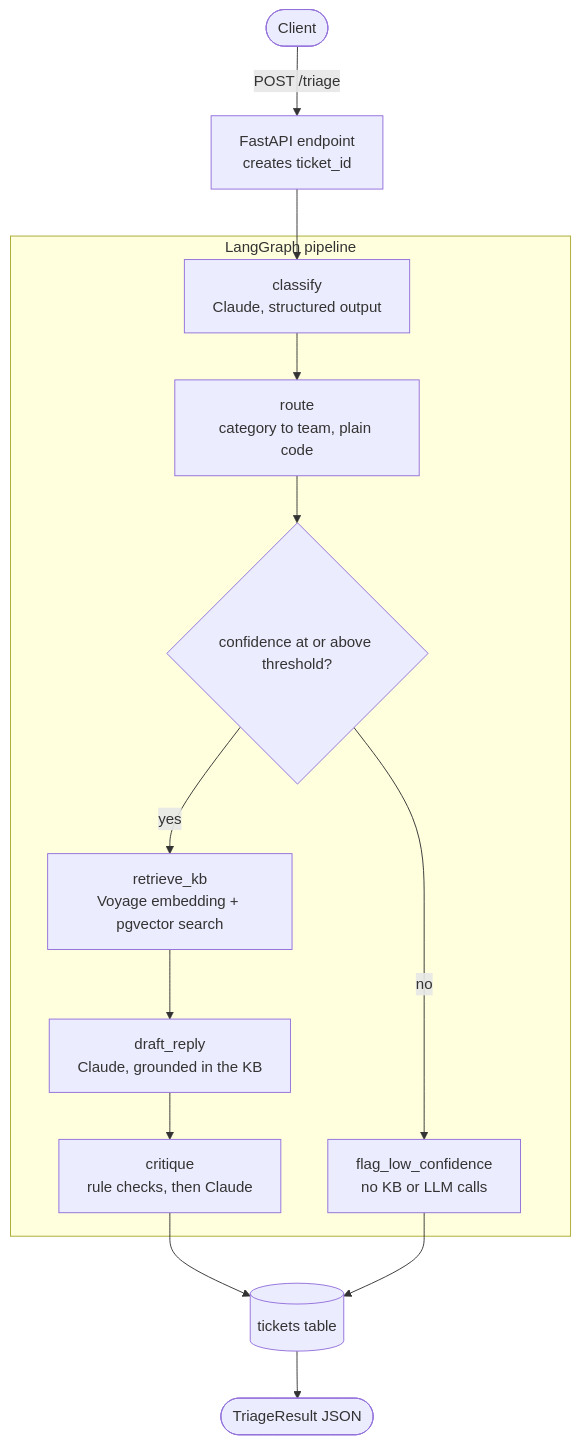
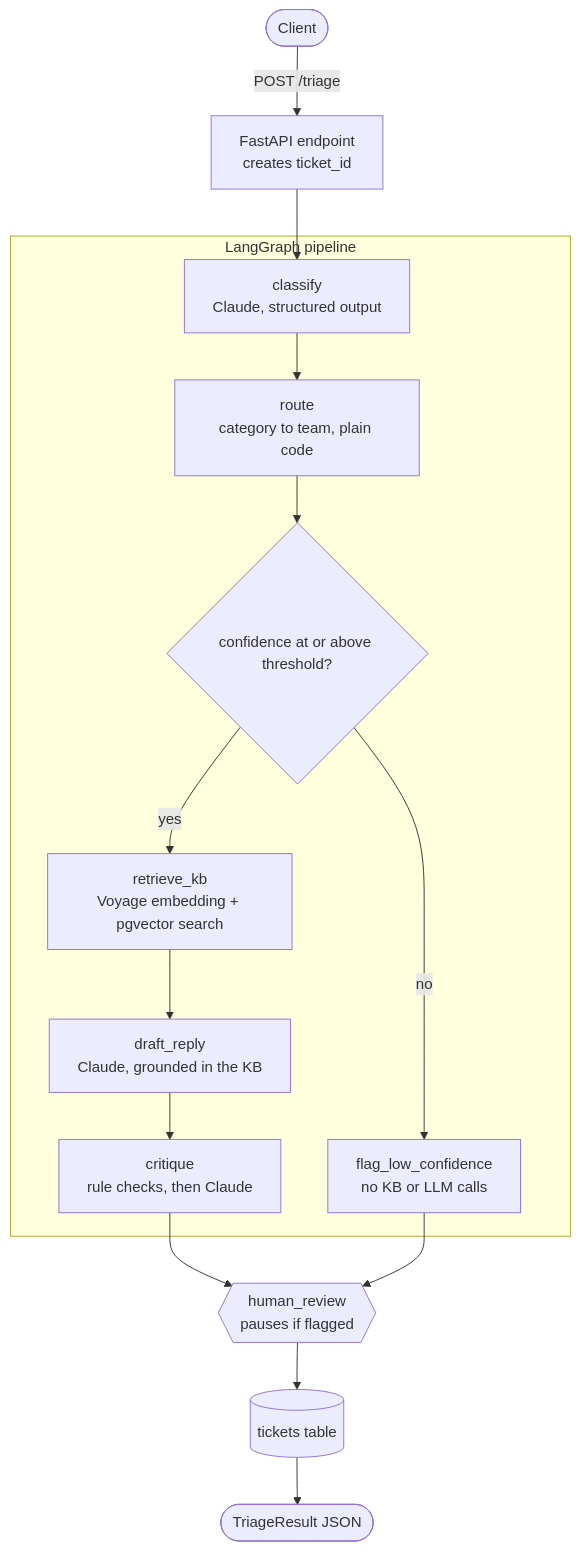
Before and after one commit to ObiomaIkpe/TriageIQ: the first of 2 diagrams in README.md, drawn with Mermaid. The commit also changed other lines of this file and 10 other files, not shown here.

Commit message:
feat: pause flagged tickets for human review with interrupt, plus resume helpers

````diff
--- a/README.md
+++ b/README.md
@@ -22,18 +22,19 @@
 ```mermaid
 flowchart TD
     client([Client]) -->|POST /triage| api["FastAPI endpoint<br/>creates ticket_id"]
     api --> classify
 
     subgraph pipeline [LangGraph pipeline]
         classify["classify<br/>Claude, structured output"] --> route["route<br/>category to team, plain code"]
         route --> gate{"confidence at or above threshold?"}
         gate -- yes --> retrieve["retrieve_kb<br/>Voyage embedding + pgvector search"]
         retrieve --> draft["draft_reply<br/>Claude, grounded in the KB"]
         draft --> critique["critique<br/>rule checks, then Claude"]
         gate -- no --> flag["flag_low_confidence<br/>no KB or LLM calls"]
     end
 
-    critique --> save[("tickets table")]
-    flag --> save
+    critique --> review{{"human_review<br/>pauses if flagged"}}
+    flag --> review
+    review --> save[("tickets table")]
     save --> response([TriageResult JSON])
 ```
````
